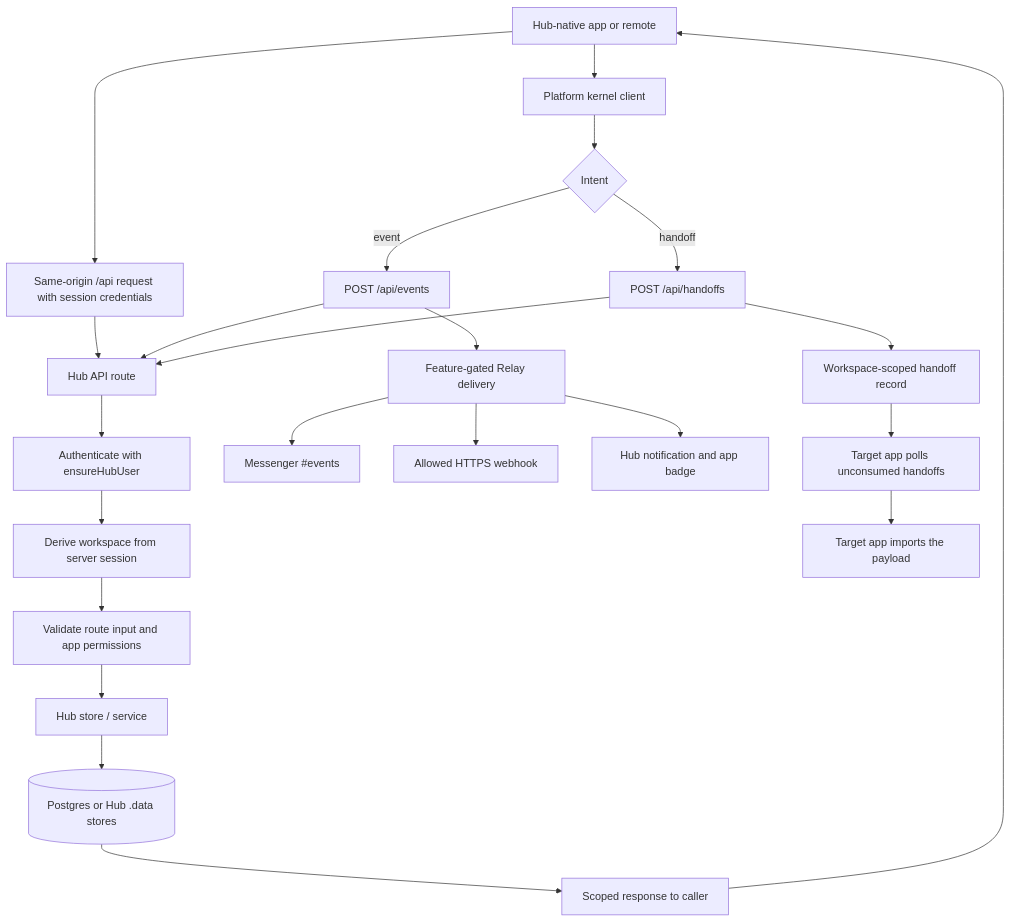
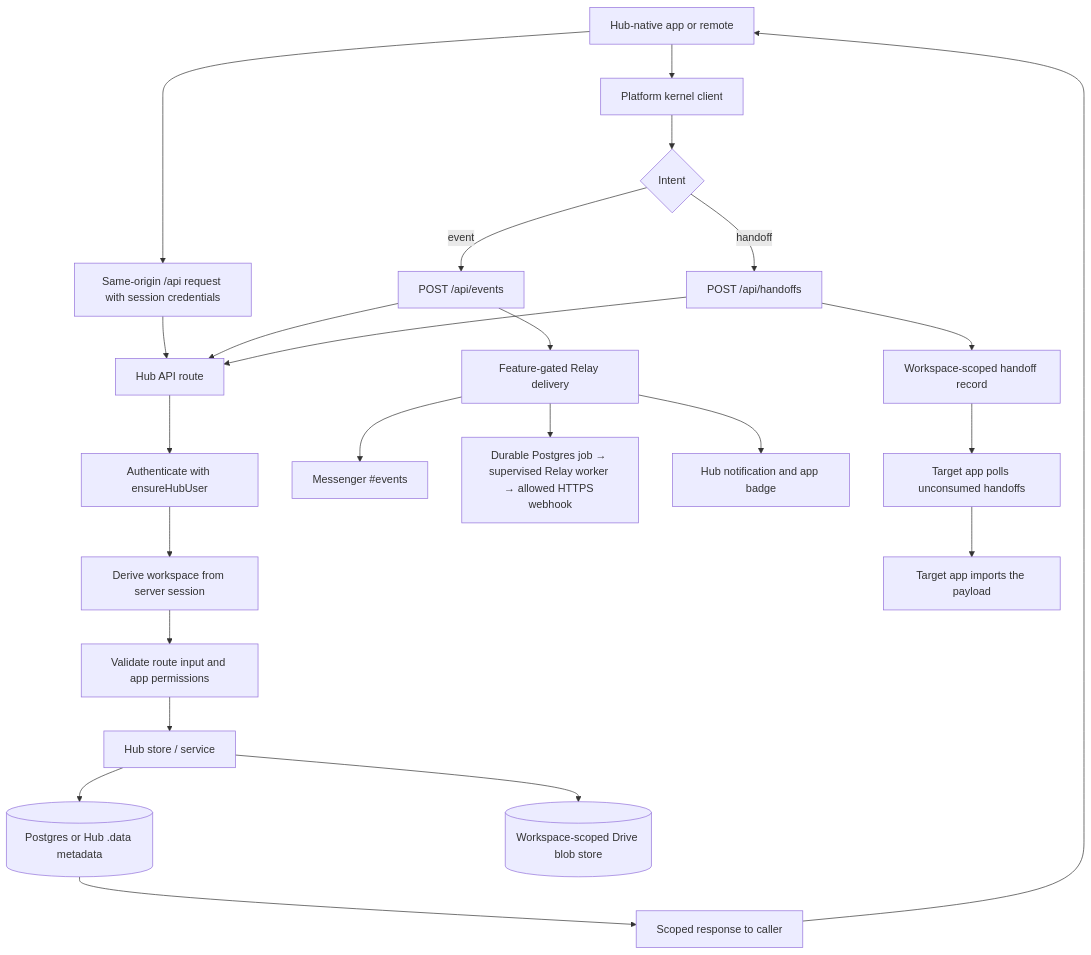
The second of 4 diagrams in docs/APP-BEHAVIOR-TREE.md (Adam-Szitas/sorye), drawn with Mermaid before and after one commit. The commit also changed other lines of this file and 75 other files, not shown here.

````diff
--- a/docs/APP-BEHAVIOR-TREE.md
+++ b/docs/APP-BEHAVIOR-TREE.md
@@ -45,27 +45,28 @@
 ```mermaid
 flowchart TD
     App[Hub-native app or remote] --> Request[Same-origin /api request with session credentials]
     App --> Kernel[Platform kernel client]
     Kernel --> EventOrHandoff{Intent}
     EventOrHandoff -->|event| Events[POST /api/events]
     EventOrHandoff -->|handoff| Handoffs[POST /api/handoffs]
     Request --> API[Hub API route]
 
     Events --> API
     Handoffs --> API
     API --> Auth[Authenticate with ensureHubUser]
     Auth --> Scope[Derive workspace from server session]
     Scope --> Validate[Validate route input and app permissions]
     Validate --> Store[Hub store / service]
-    Store --> Durable[(Postgres or Hub .data stores)]
+    Store --> Durable[(Postgres or Hub .data metadata)]
+    Store --> BlobStore[(Workspace-scoped Drive blob store)]
     Durable --> Result[Scoped response to caller]
     Result --> App
 
     Events --> Relay[Feature-gated Relay delivery]
     Relay --> Messenger[Messenger #events]
-    Relay --> Webhook[Allowed HTTPS webhook]
+    Relay --> Webhook[Durable Postgres job → supervised Relay worker → allowed HTTPS webhook]
     Relay --> Notice[Hub notification and app badge]
     Handoffs --> Queue[Workspace-scoped handoff record]
     Queue --> Poll[Target app polls unconsumed handoffs]
     Poll --> Target[Target app imports the payload]
 ```
````
